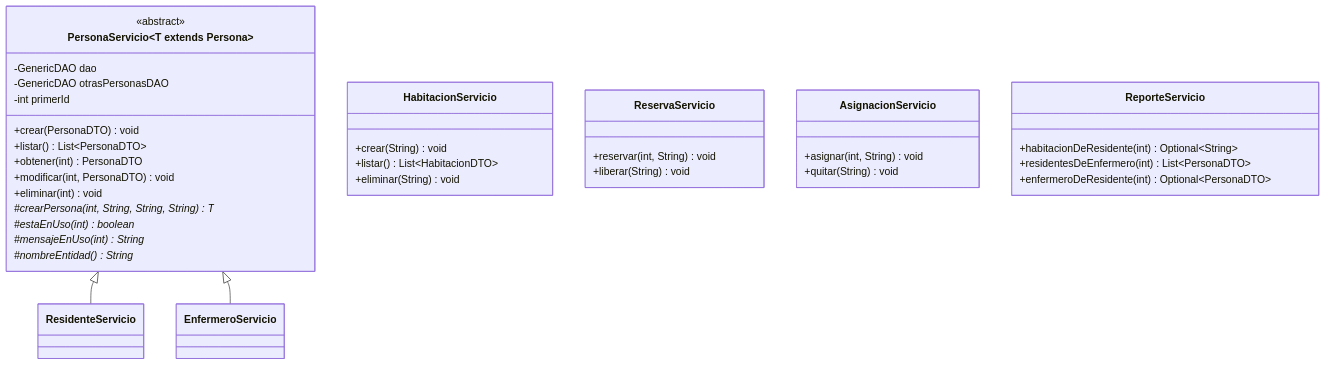
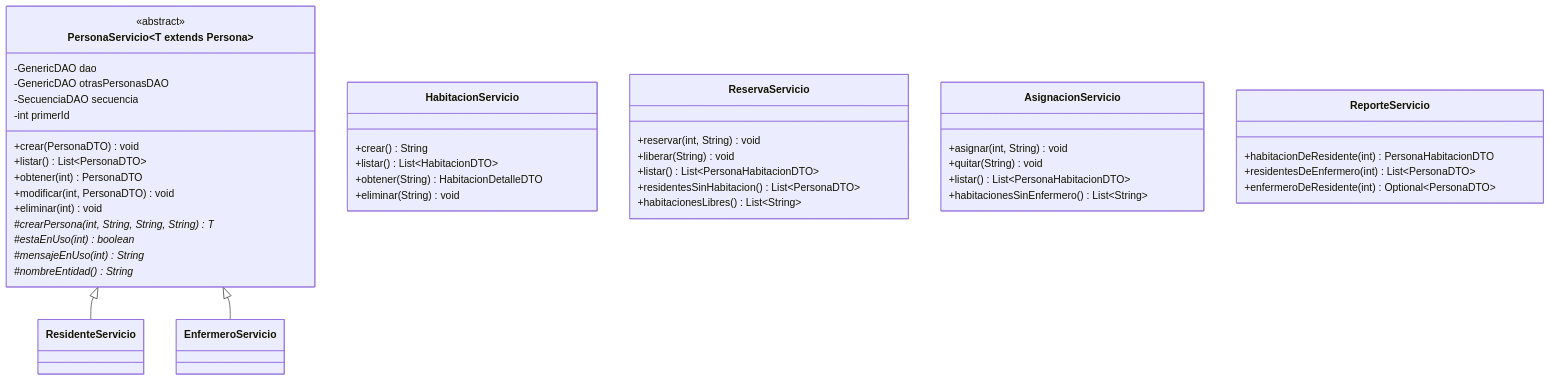
The third of 5 diagrams in docs/UML.md (Emanuelbig/gestion-residencia-geriatrica-java-mvc), drawn with Mermaid before and after one commit. The commit also changed other lines of this file and 33 other files, not shown here.

````diff
--- a/docs/UML.md
+++ b/docs/UML.md
@@ -91,39 +99,46 @@
 ```mermaid
 classDiagram
   direction TB
   class PersonaServicio~T extends Persona~ {
     <<abstract>>
     -GenericDAO dao
     -GenericDAO otrasPersonasDAO
+    -SecuenciaDAO secuencia
     -int primerId
     +crear(PersonaDTO) void
     +listar() List~PersonaDTO~
     +obtener(int) PersonaDTO
     +modificar(int, PersonaDTO) void
     +eliminar(int) void
     #crearPersona(int, String, String, String)* T
     #estaEnUso(int)* boolean
     #mensajeEnUso(int)* String
     #nombreEntidad()* String
   }
   PersonaServicio <|-- ResidenteServicio
   PersonaServicio <|-- EnfermeroServicio
   class HabitacionServicio {
-    +crear(String) void
+    +crear() String
     +listar() List~HabitacionDTO~
+    +obtener(String) HabitacionDetalleDTO
     +eliminar(String) void
   }
   class ReservaServicio {
     +reservar(int, String) void
     +liberar(String) void
+    +listar() List~PersonaHabitacionDTO~
+    +residentesSinHabitacion() List~PersonaDTO~
+    +habitacionesLibres() List~String~
   }
   class AsignacionServicio {
     +asignar(int, String) void
     +quitar(String) void
+    +listar() List~PersonaHabitacionDTO~
+    +habitacionesSinEnfermero() List~String~
   }
   class ReporteServicio {
-    +habitacionDeResidente(int) Optional~String~
+    +habitacionDeResidente(int) PersonaHabitacionDTO
     +residentesDeEnfermero(int) List~PersonaDTO~
     +enfermeroDeResidente(int) Optional~PersonaDTO~
   }
 ```
````
